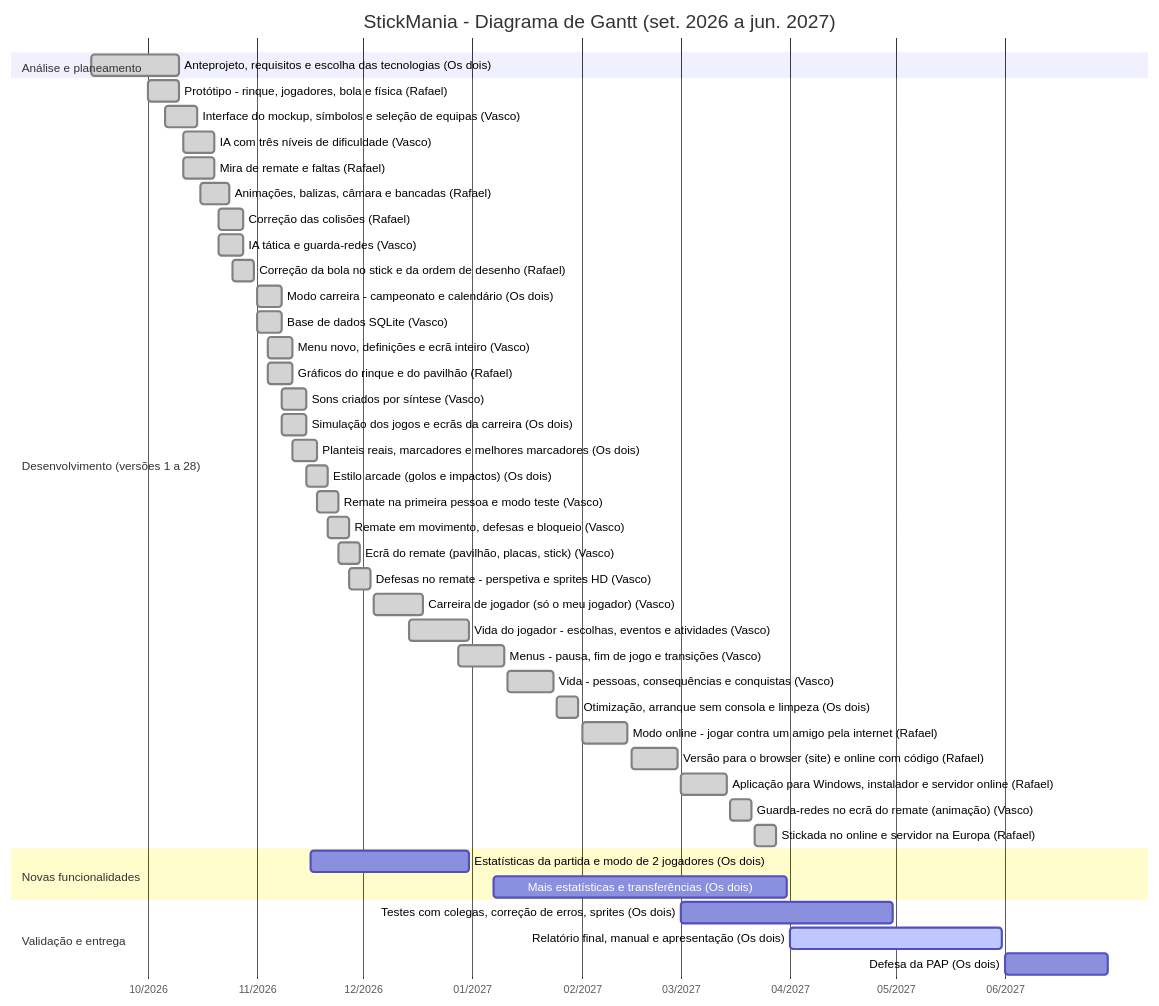
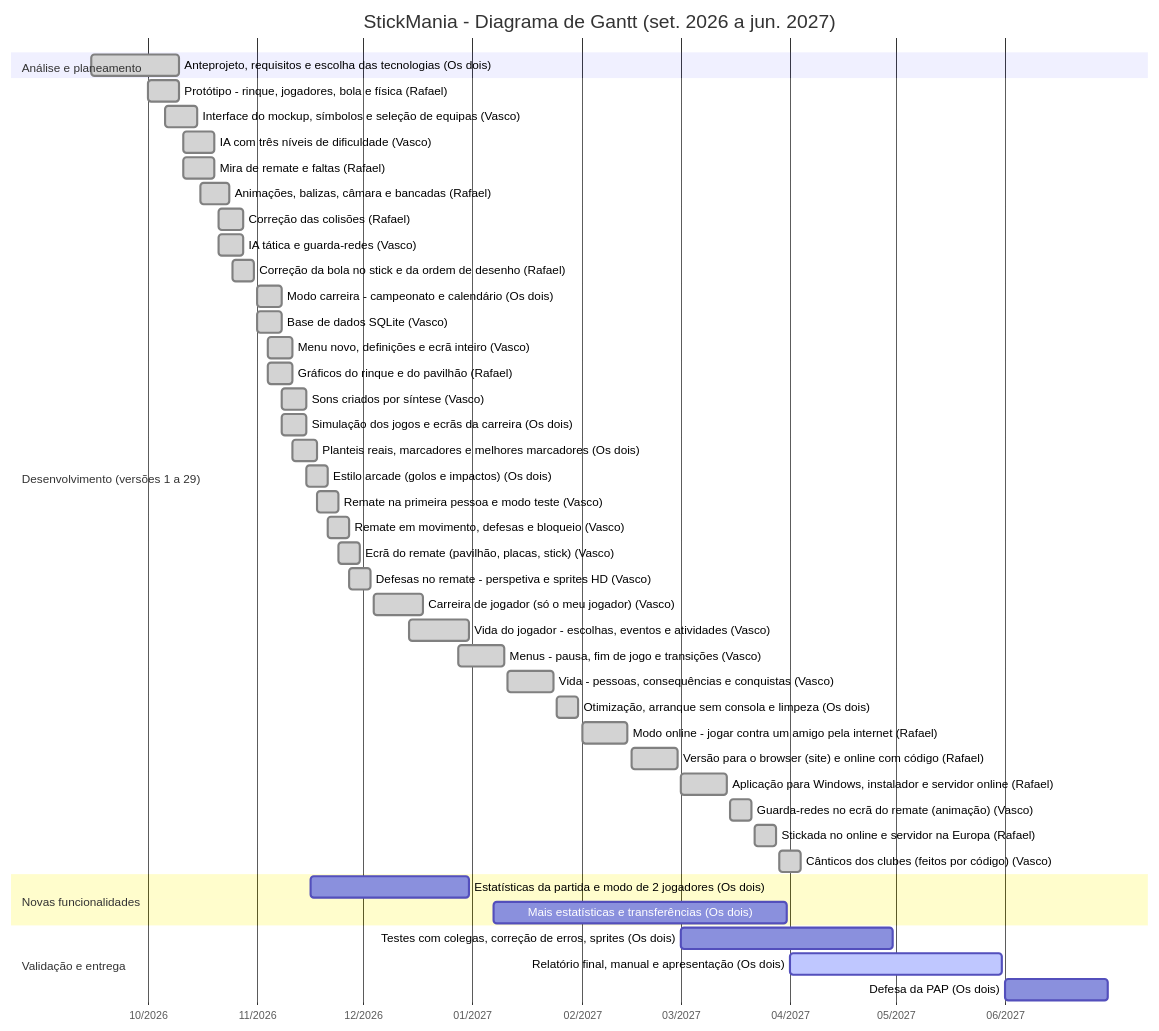
Before and after one commit to RafaelSilveira23/Stickmaniapap: the diagram in docs/GANTT.md, drawn with Mermaid. The commit also changed other lines of this file and 11 other files, not shown here.

First line of the commit message:
docs: versao 29 (canticos dos clubes), instalador novo

````diff
--- a/docs/GANTT.md
+++ b/docs/GANTT.md
@@ -13,48 +13,49 @@
 ```mermaid
 gantt
     title StickMania - Diagrama de Gantt (set. 2026 a jun. 2027)
     dateFormat YYYY-MM-DD
     axisFormat %m/%Y
     tickInterval 1month
     todayMarker off
     section Análise e planeamento
     Anteprojeto, requisitos e escolha das tecnologias (Os dois) :done, t1, 2026-09-15, 2026-10-10
-    section Desenvolvimento (versões 1 a 28)
+    section Desenvolvimento (versões 1 a 29)
     Protótipo - rinque, jogadores, bola e física (Rafael) :done, t2, 2026-10-01, 2026-10-10
     Interface do mockup, símbolos e seleção de equipas (Vasco) :done, t3, 2026-10-06, 2026-10-15
     IA com três níveis de dificuldade (Vasco) :done, t4, 2026-10-11, 2026-10-20
     Mira de remate e faltas (Rafael) :done, t5, 2026-10-11, 2026-10-20
     Animações, balizas, câmara e bancadas (Rafael) :done, t6, 2026-10-16, 2026-10-24
     Correção das colisões (Rafael) :done, t7, 2026-10-21, 2026-10-28
     IA tática e guarda-redes (Vasco) :done, t8, 2026-10-21, 2026-10-28
     Correção da bola no stick e da ordem de desenho (Rafael) :done, t9, 2026-10-25, 2026-10-31
     Modo carreira - campeonato e calendário (Os dois) :done, t10, 2026-11-01, 2026-11-08
     Base de dados SQLite (Vasco) :done, t11, 2026-11-01, 2026-11-08
     Menu novo, definições e ecrã inteiro (Vasco) :done, t12, 2026-11-04, 2026-11-11
     Gráficos do rinque e do pavilhão (Rafael) :done, t13, 2026-11-04, 2026-11-11
     Sons criados por síntese (Vasco) :done, t14, 2026-11-08, 2026-11-15
     Simulação dos jogos e ecrãs da carreira (Os dois) :done, t15, 2026-11-08, 2026-11-15
     Planteis reais, marcadores e melhores marcadores (Os dois) :done, t16, 2026-11-11, 2026-11-18
     Estilo arcade (golos e impactos) (Os dois) :done, t17, 2026-11-15, 2026-11-21
     Remate na primeira pessoa e modo teste (Vasco) :done, t18, 2026-11-18, 2026-11-24
     Remate em movimento, defesas e bloqueio (Vasco) :done, t19, 2026-11-21, 2026-11-27
     Ecrã do remate (pavilhão, placas, stick) (Vasco) :done, t20, 2026-11-24, 2026-11-30
     Defesas no remate - perspetiva e sprites HD (Vasco) :done, t21, 2026-11-27, 2026-12-03
     Carreira de jogador (só o meu jogador) (Vasco) :done, t22, 2026-12-04, 2026-12-18
     Vida do jogador - escolhas, eventos e atividades (Vasco) :done, t23, 2026-12-14, 2026-12-31
     Menus - pausa, fim de jogo e transições (Vasco) :done, t24, 2026-12-28, 2027-01-10
     Vida - pessoas, consequências e conquistas (Vasco) :done, t25, 2027-01-11, 2027-01-24
     Otimização, arranque sem consola e limpeza (Os dois) :done, t26, 2027-01-25, 2027-01-31
     Modo online - jogar contra um amigo pela internet (Rafael) :done, t27, 2027-02-01, 2027-02-14
     Versão para o browser (site) e online com código (Rafael) :done, t28, 2027-02-15, 2027-02-28
     Aplicação para Windows, instalador e servidor online (Rafael) :done, t29, 2027-03-01, 2027-03-14
     Guarda-redes no ecrã do remate (animação) (Vasco) :done, t30, 2027-03-15, 2027-03-21
     Stickada no online e servidor na Europa (Rafael) :done, t31, 2027-03-22, 2027-03-28
+    Cânticos dos clubes (feitos por código) (Vasco) :done, t32, 2027-03-29, 2027-04-04
     section Novas funcionalidades
-    Estatísticas da partida e modo de 2 jogadores (Os dois) :t32, 2026-11-16, 2026-12-31
-    Mais estatísticas e transferências (Os dois) :t33, 2027-01-07, 2027-03-31
+    Estatísticas da partida e modo de 2 jogadores (Os dois) :t33, 2026-11-16, 2026-12-31
+    Mais estatísticas e transferências (Os dois) :t34, 2027-01-07, 2027-03-31
     section Validação e entrega
-    Testes com colegas, correção de erros, sprites (Os dois) :t34, 2027-03-01, 2027-04-30
-    Relatório final, manual e apresentação (Os dois) :active, t35, 2027-04-01, 2027-05-31
-    Defesa da PAP (Os dois) :t36, 2027-06-01, 2027-06-30
+    Testes com colegas, correção de erros, sprites (Os dois) :t35, 2027-03-01, 2027-04-30
+    Relatório final, manual e apresentação (Os dois) :active, t36, 2027-04-01, 2027-05-31
+    Defesa da PAP (Os dois) :t37, 2027-06-01, 2027-06-30
 ```
````
